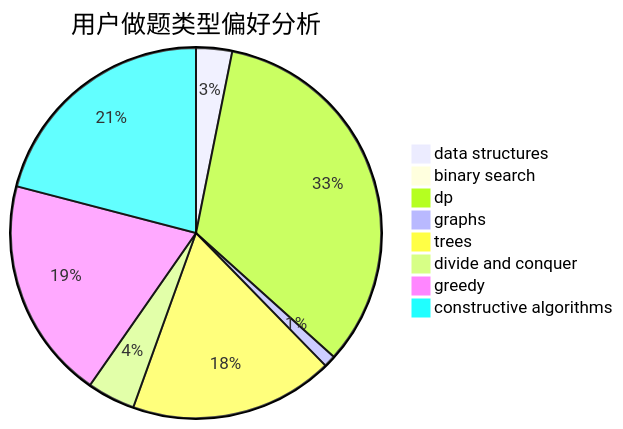
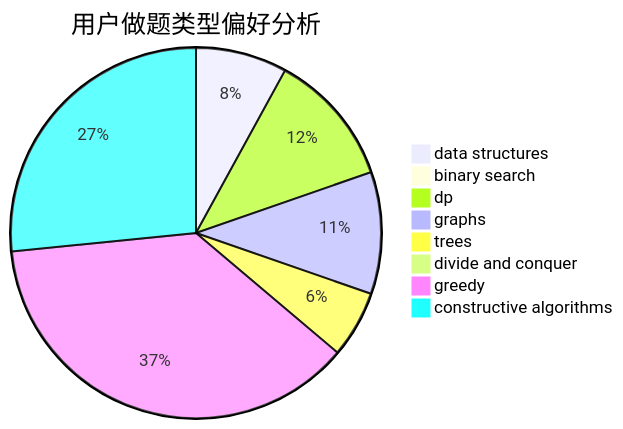
The second of 3 diagrams in docs/user/u2095.md (sherpahu/cfrs.github.io), drawn with Mermaid before and after one commit. The commit also changed other lines of this file and 2770 other files, not shown here.

````diff
--- a/docs/user/u2095.md
+++ b/docs/user/u2095.md
@@ -23,11 +23,11 @@
 ```mermaid
 pie title 用户做题类型偏好分析
-    "data structures" :  6
-    "binary search" :  1
-    "dp" :  64
-    "graphs" :  2
-    "trees" :  34
-    "divide and conquer" :  8
-    "greedy" :  37
-    "constructive algorithms" :  40
+    "data structures" :  15
+    "binary search" :  0
+    "dp" :  22
+    "graphs" :  20
+    "trees" :  11
+    "divide and conquer" :  0
+    "greedy" :  70
+    "constructive algorithms" :  50
 ```
````
